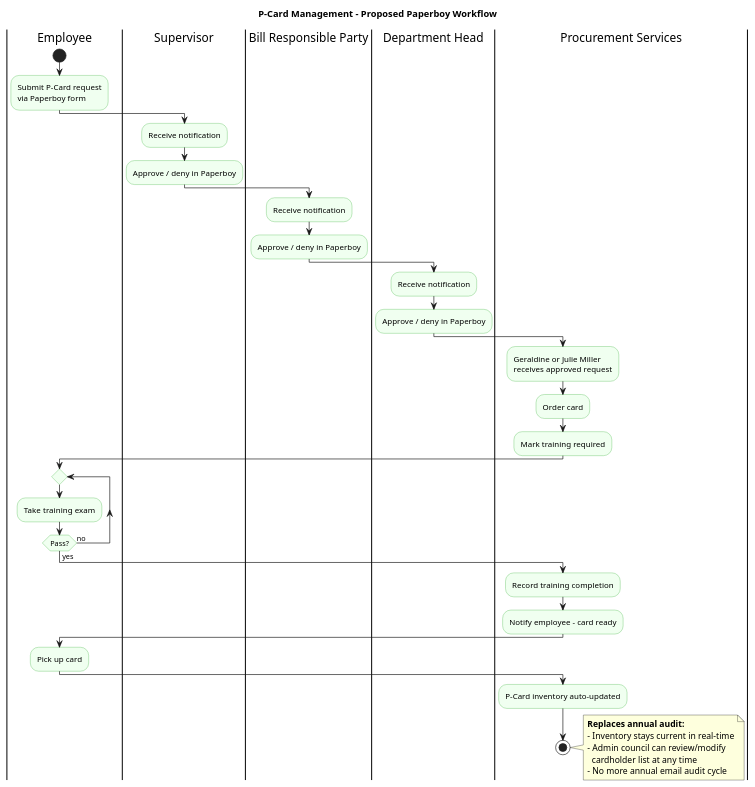
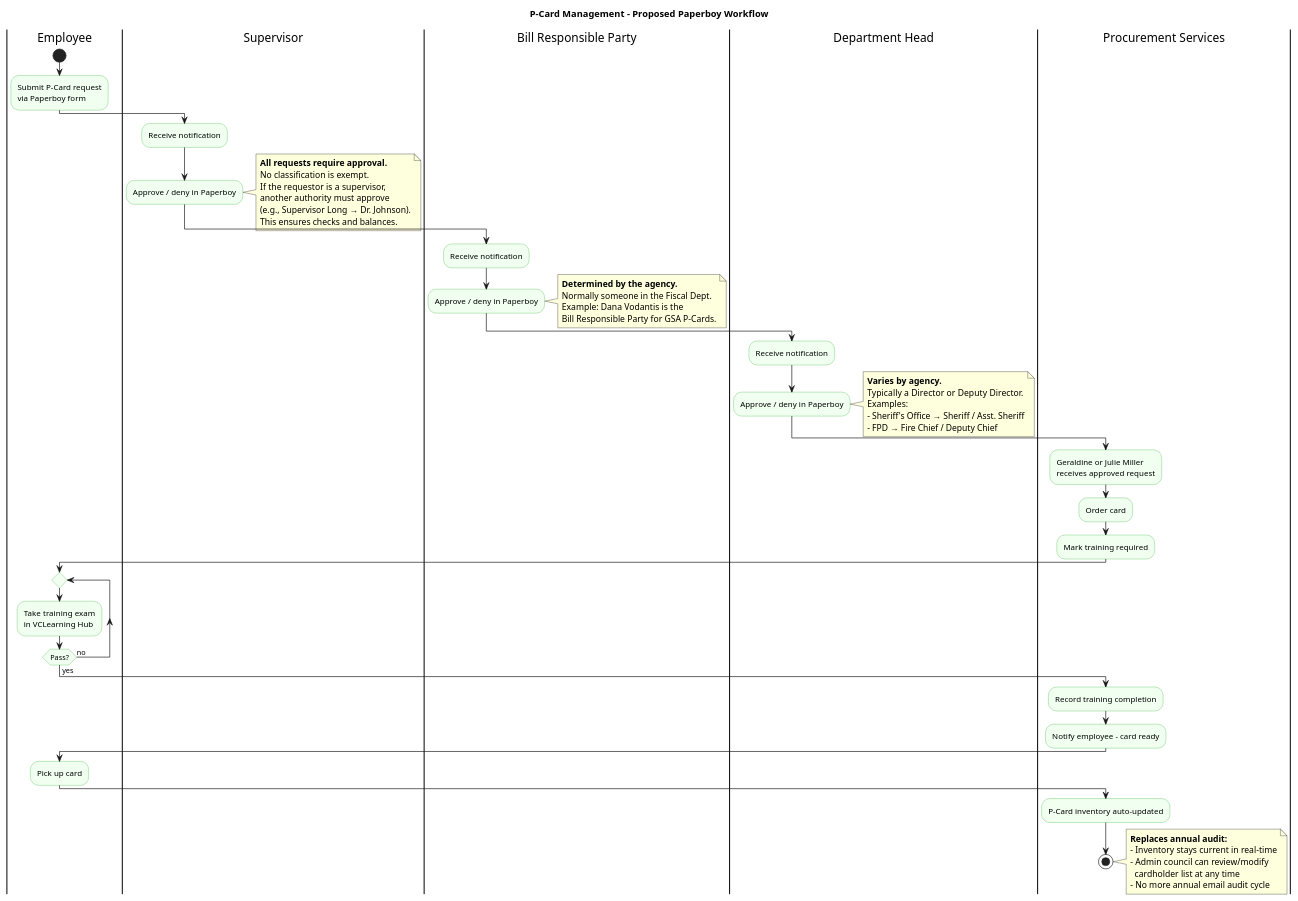
One commit to nerovad/PlantUML changed the diagram in docs/diagrams/pcard-paperboy-proposed.puml. Above: the diagram before and after it, drawn with PlantUML.

Commit message:
fix(p-card): updated to add conditional logic

```diff
--- a/docs/diagrams/pcard-paperboy-proposed.puml
+++ b/docs/diagrams/pcard-paperboy-proposed.puml
@@ -1,53 +1,77 @@
 @startuml pcard-paperboy-proposed
 title P-Card Management - Proposed Paperboy Workflow
 
 skinparam activityBackgroundColor #F0FFF0
 skinparam activityBorderColor #46B446
 
 |Employee|
 start
 :Submit P-Card request\nvia Paperboy form;
 
 |Supervisor|
 :Receive notification;
 :Approve / deny in Paperboy;
 
+note right
+  **All requests require approval.**
+  No classification is exempt.
+  If the requestor is a supervisor,
+  another authority must approve
+  (e.g., Supervisor Long → Dr. Johnson).
+  This ensures checks and balances.
+end note
+
 |Bill Responsible Party|
 :Receive notification;
 :Approve / deny in Paperboy;
 
+note right
+  **Determined by the agency.**
+  Normally someone in the Fiscal Dept.
+  Example: Dana Vodantis is the
+  Bill Responsible Party for GSA P-Cards.
+end note
+
 |Department Head|
 :Receive notification;
 :Approve / deny in Paperboy;
+
+note right
+  **Varies by agency.**
+  Typically a Director or Deputy Director.
+  Examples:
+  - Sheriff's Office → Sheriff / Asst. Sheriff
+  - FPD → Fire Chief / Deputy Chief
+end note
 
 |Procurement Services|
 :Geraldine or Julie Miller
 receives approved request;
 :Order card;
 :Mark training required;
 
 |Employee|
 repeat
-  :Take training exam;
+  :Take training exam\nin VCLearning Hub;
 repeat while (Pass?) is (no) not (yes)
 
 |Procurement Services|
 :Record training completion;
 :Notify employee - card ready;
 
 |Employee|
 :Pick up card;
 
 |Procurement Services|
 :P-Card inventory auto-updated;
 stop
 
 note right
   **Replaces annual audit:**
   - Inventory stays current in real-time
   - Admin council can review/modify
     cardholder list at any time
   - No more annual email audit cycle
 end note
 
 @enduml
```
